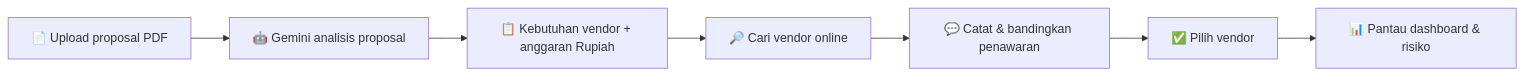
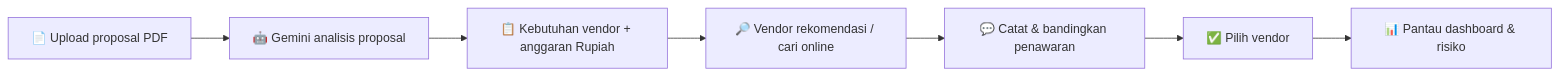
Before and after one commit to WesleyGoey/Venditores: the first of 2 diagrams in README.md, drawn with Mermaid. The commit also changed other lines of this file and 54 other files, not shown here.

````diff
--- a/README.md
+++ b/README.md
@@ -73,9 +74,9 @@
 ```mermaid
 flowchart LR
     A[📄 Upload proposal PDF] --> B[🤖 Gemini analisis proposal]
     B --> C[📋 Kebutuhan vendor + anggaran Rupiah]
-    C --> D[🔎 Cari vendor online]
+    C --> D[🔎 Vendor rekomendasi / cari online]
     D --> E[💬 Catat & bandingkan penawaran]
     E --> F[✅ Pilih vendor]
     F --> G[📊 Pantau dashboard & risiko]
 ```
````
